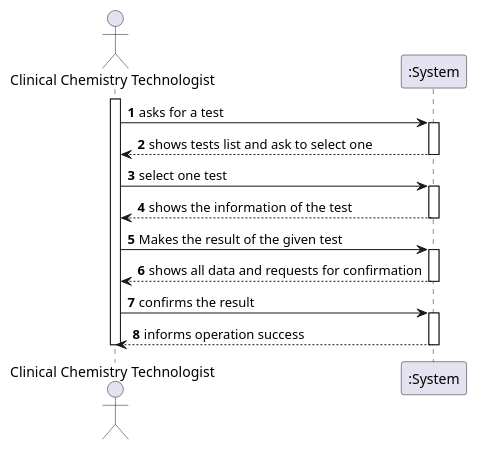
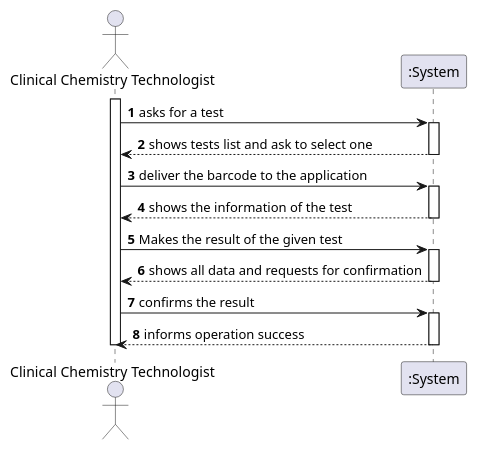
The diagram in docs/SprintC/US12/US12_SSD.puml (GuilhermeCunha79/lapr2), drawn with PlantUML before and after one commit. The commit also changed 10 other files, not shown here.

```diff
--- a/docs/SprintC/US12/US12_SSD.puml
+++ b/docs/SprintC/US12/US12_SSD.puml
@@ -1,28 +1,28 @@
 @startuml
 autonumber
 actor "Clinical Chemistry Technologist" as CCT
 
 activate CCT
 CCT -> ":System" : asks for a test
 activate ":System"
 ":System" --> CCT : shows tests list and ask to select one
 deactivate ":System"
 
-CCT -> ":System" : select one test
+CCT -> ":System" : deliver the barcode to the application
 activate ":System"
 ":System" --> CCT : shows the information of the test
 deactivate ":System"
 
 CCT -> ":System" : Makes the result of the given test
 activate ":System"
 ":System" --> CCT : shows all data and requests for confirmation
 deactivate ":System"
 
 CCT -> ":System" : confirms the result
 activate ":System"
 ":System" --> CCT : informs operation success
 deactivate ":System"
 
 deactivate CCT
 
 @enduml
```
